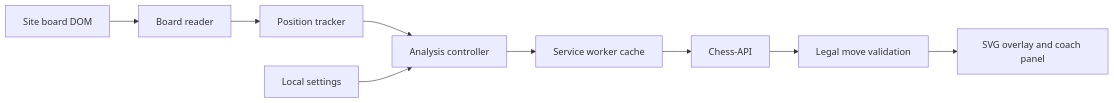
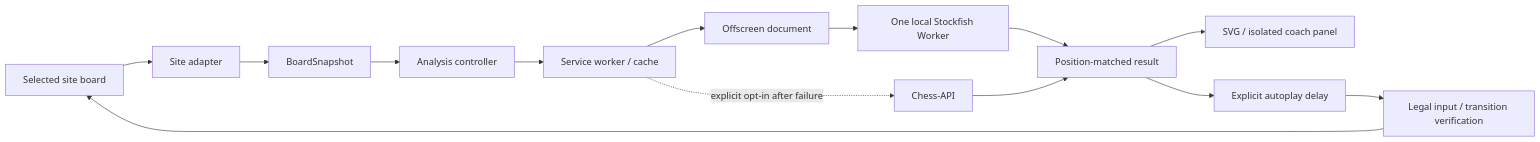
One commit to sixfiguredev0/knightline-chess-lab changed the diagram in docs/ARCHITECTURE.md. Above: the diagram before and after it, drawn with Mermaid. The commit also changed other lines of this file and 70 other files, not shown here.

Commit message:
Build unpublished Knightline 5.0 local analysis and gameplay candidate

````diff
--- a/docs/ARCHITECTURE.md
+++ b/docs/ARCHITECTURE.md
@@ -5,11 +5,16 @@
 ```mermaid
 flowchart LR
-  B[Site board DOM] --> R[Board reader]
-  R --> P[Position tracker]
-  P --> C[Analysis controller]
-  C --> W[Service worker cache]
-  W --> E[Chess-API]
-  E --> V[Legal move validation]
-  V --> U[SVG overlay and coach panel]
-  S[Local settings] --> C
+  DOM[Selected site board] --> Reader[Site adapter]
+  Reader --> Snapshot[BoardSnapshot]
+  Snapshot --> Controller[Analysis controller]
+  Controller --> Broker[Service worker / cache]
+  Broker --> Host[Offscreen document]
+  Host --> Engine[One local Stockfish Worker]
+  Broker -. explicit opt-in after failure .-> Cloud[Chess-API]
+  Engine --> Result[Position-matched result]
+  Cloud --> Result
+  Result --> UI[SVG / isolated coach panel]
+  Result --> Queue[Explicit autoplay delay]
+  Queue --> Executor[Legal input / transition verification]
+  Executor --> DOM
 ```
````
